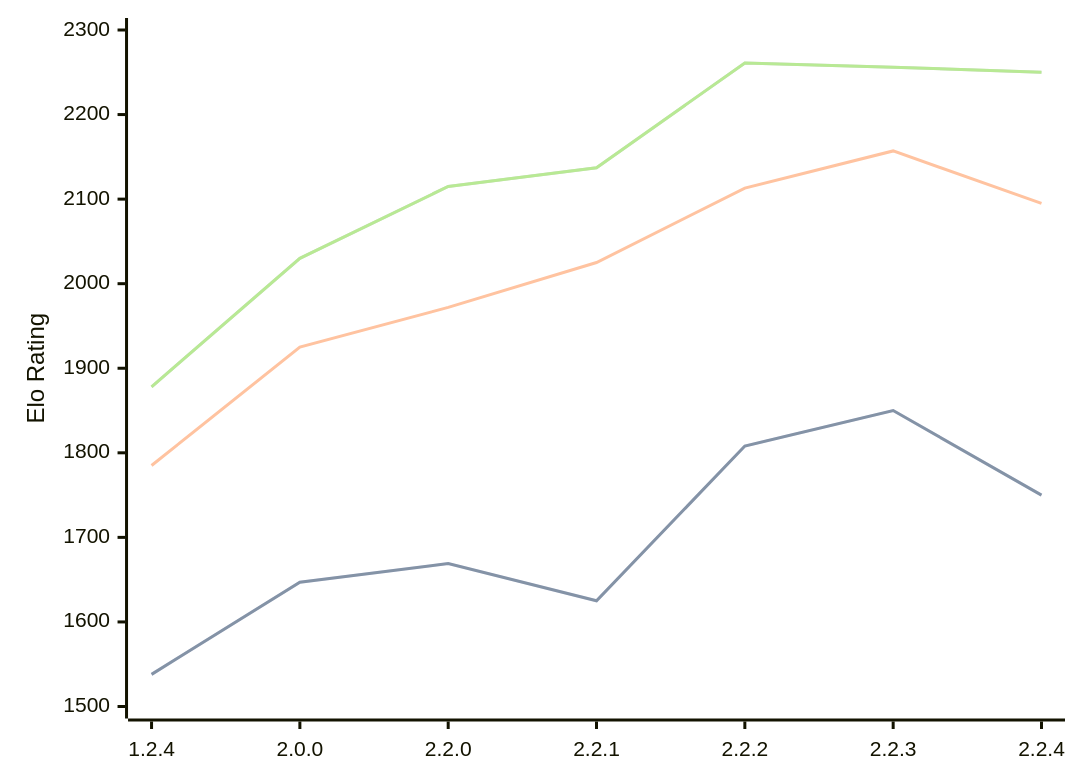
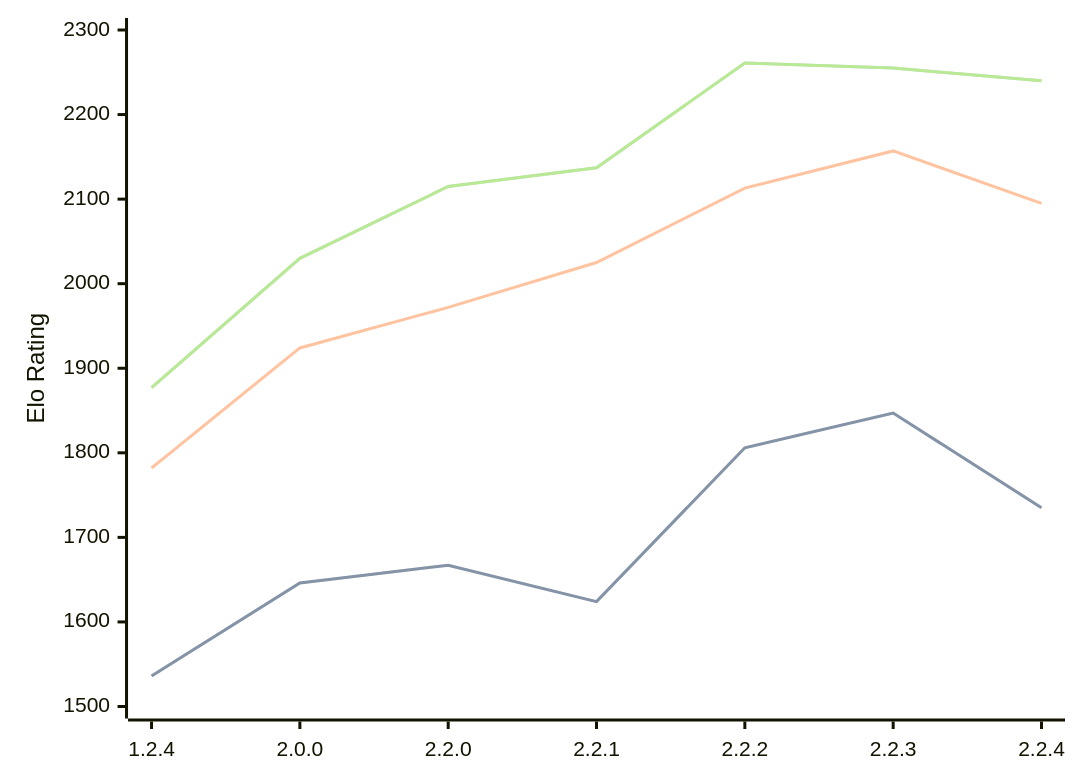
Before and after one commit to computer-chess-index/cci: the diagram in engines/Kreveta.md, drawn with Mermaid. The commit also changed other lines of this file, not shown here.

Commit message:
Update CCI Ratings (ELO VLTC) - 2026-03-09

````diff
--- a/engines/Kreveta.md
+++ b/engines/Kreveta.md
@@ -38,11 +38,11 @@
 ```mermaid
 %%{init: {"theme":"base","themeVariables":{"seriesColors:['#a3a3a3','#222221','#faa371']}}}%%
 xychart-beta
   x-axis ["1.2.4", "2.0.0", "2.2.0", "2.2.1", "2.2.2", "2.2.3", "2.2.4"]
   y-axis "Elo Rating" 1500 --> 2300
-  line "STC (8.0+0.08s)" [1538, 1647, 1669, 1625, 1808, 1850, 1750]
-  line "STC (8.0+0.08s)" [1538, 1647, 1669, 1625, 1808, 1850, 1750]
-  line "LTC (60.0+0.60s)" [1785, 1925, 1972, 2025, 2113, 2157, 2095]
-  line "VLTC (2m24s+1.12s)" [1878, 2030, 2115, 2137, 2261, 2256, 2250]
-  line "VLTC (2m24s+1.12s)" [1878, 2030, 2115, 2137, 2261, 2256, 2250]
+  line "STC (8.0+0.08s)" [1536, 1646, 1667, 1624, 1806, 1847, 1735]
+  line "STC (8.0+0.08s)" [1536, 1646, 1667, 1624, 1806, 1847, 1735]
+  line "LTC (60.0+0.60s)" [1782, 1924, 1972, 2025, 2113, 2157, 2095]
+  line "VLTC (2m24s+1.12s)" [1877, 2030, 2115, 2137, 2261, 2255, 2240]
+  line "VLTC (2m24s+1.12s)" [1877, 2030, 2115, 2137, 2261, 2255, 2240]
 ```
````
